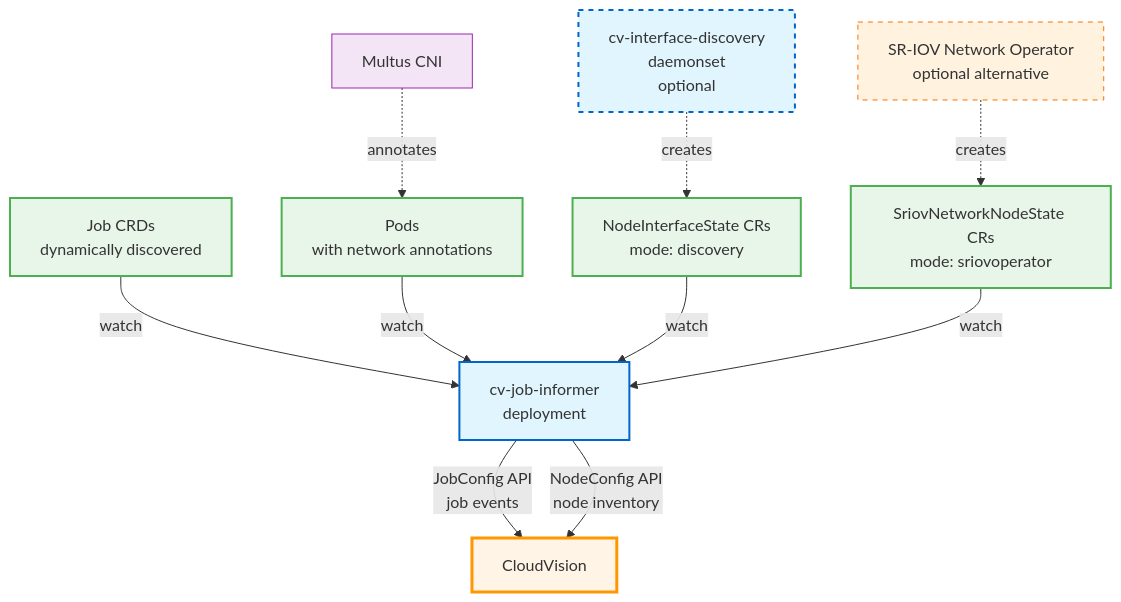
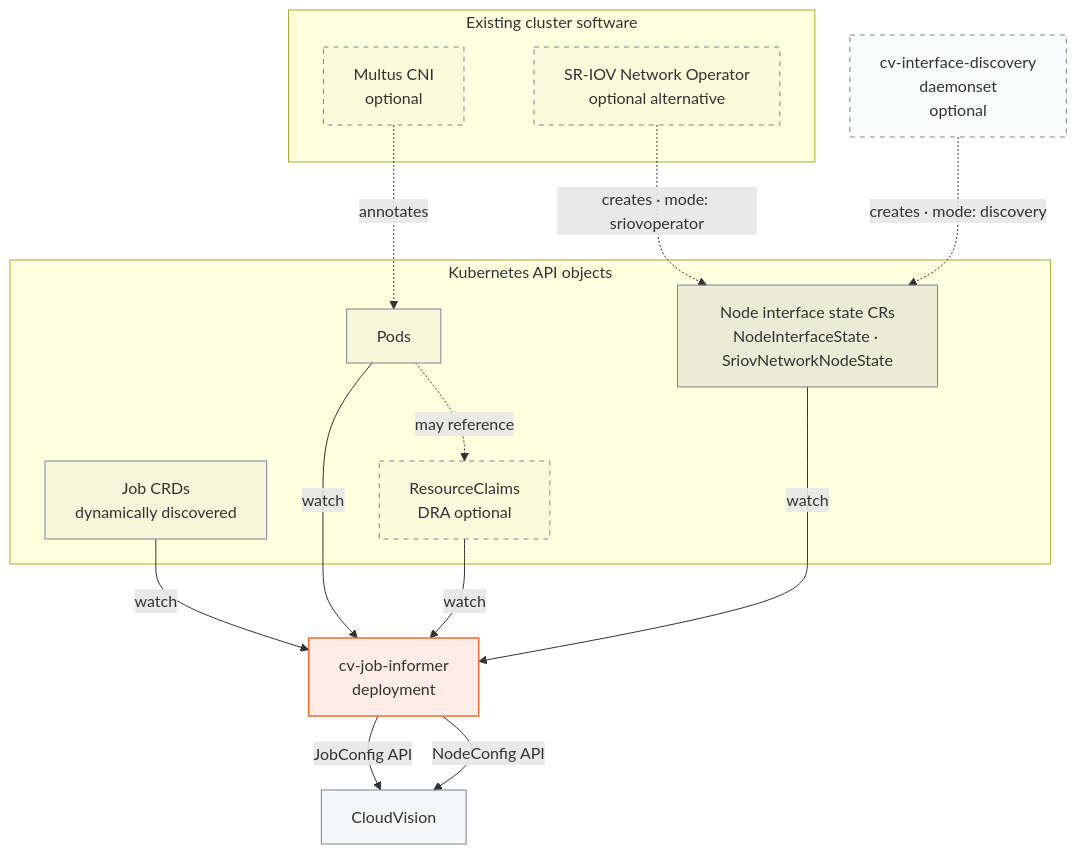
The first of 2 diagrams in README.md (aristanetworks/cloudvision-job-kubernetes), drawn with Mermaid before and after one commit. The commit also changed other lines of this file and 7 other files, not shown here.

First line of the commit message:
Add DRA ResourceClaim support for job NIC MAC reporting.

````diff
--- a/README.md
+++ b/README.md
@@ -8,51 +8,47 @@
 ```mermaid
 graph TD
-    %% CloudVision at top
     cv[CloudVision]
 
-    %% Main components
-    informer[cv-job-informer<br/>deployment]
-    discovery[cv-interface-discovery<br/>daemonset<br/>optional]
+    informer["cv-job-informer<br/>deployment"]
 
-    %% Kubernetes resources
-    jobs[Job CRDs<br/>dynamically discovered]
-    pods[Pods<br/>with network annotations]
+    subgraph k8s_api["Kubernetes API objects"]
+        jobs["Job CRDs<br/>dynamically discovered"]
+        pods[Pods]
+        claims["ResourceClaims<br/>DRA optional"]
+        crs["Node interface state CRs<br/>NodeInterfaceState · SriovNetworkNodeState"]
+    end
 
-    %% Node state CRs - two modes
-    node_states[NodeInterfaceState CRs<br/>mode: discovery]
-    sriov_states[SriovNetworkNodeState CRs<br/>mode: sriovoperator]
+    discovery["cv-interface-discovery<br/>daemonset<br/>optional"]
 
-    %% Optional operator
-    sriov_op[SR-IOV Network Operator<br/>optional alternative]
+    subgraph cluster_software["Existing cluster software"]
+        multus["Multus CNI<br/>optional"]
+        sriov_op["SR-IOV Network Operator<br/>optional alternative"]
+    end
 
-    %% CNI plugins
-    multus[Multus CNI]
-
-    %% Flows - Job monitoring
+    %% Job monitoring: the informer watches workloads and their network attachments
     jobs -->|watch| informer
     pods -->|watch| informer
+    claims -->|watch| informer
+    pods -.->|"may reference"| claims
     multus -.->|annotates| pods
 
-    %% Flows - NodeConfig mode: discovery
-    discovery -.->|creates| node_states
-    node_states -->|watch| informer
+    %% Node interface inventory: two alternative modes feed a single watch
+    discovery -.->|"creates · mode: discovery"| crs
+    sriov_op -.->|"creates · mode: sriovoperator"| crs
+    crs -->|watch| informer
 
-    %% Flows - NodeConfig mode: sriovoperator
-    sriov_op -.->|creates| sriov_states
-    sriov_states -->|watch| informer
+    %% Reporting: two CloudVision APIs, two flows
+    informer -->|"JobConfig API"| cv
+    informer -->|"NodeConfig API"| cv
 
-    %% Flows - to CloudVision
-    informer -->|JobConfig API<br/>job events| cv
-    informer -->|NodeConfig API<br/>node inventory| cv
-
-    %% Styling
-    style cv fill:#fff4e6,stroke:#ff9800,stroke-width:3px
-    style informer fill:#e1f5ff,stroke:#0066cc,stroke-width:2px
-    style discovery fill:#e1f5ff,stroke:#0066cc,stroke-width:2px,stroke-dasharray: 5 5
-    style jobs fill:#e8f5e9,stroke:#4caf50,stroke-width:2px
-    style pods fill:#e8f5e9,stroke:#4caf50,stroke-width:2px
-    style node_states fill:#e8f5e9,stroke:#4caf50,stroke-width:2px
-    style sriov_states fill:#e8f5e9,stroke:#4caf50,stroke-width:2px
-    style multus fill:#f3e5f5,stroke:#9c27b0
-    style sriov_op fill:#fff3e0,stroke:#ff6f00,stroke-dasharray: 5 5
+    %% Styling: one focal accent, neutral fills, dashed = optional
+    classDef focal fill:#eb6c361f,stroke:#eb6c36,stroke-width:1.5px
+    classDef neutral fill:#7f8ca114,stroke:#7a8399
+    classDef store fill:#7f8ca129,stroke:#7a8399
+    classDef optional fill:#7f8ca10a,stroke:#7a8399,stroke-dasharray:5 5
+    class informer focal
+    class cv neutral
+    class jobs,pods neutral
+    class crs store
+    class claims,multus,sriov_op,discovery optional
 ```
````
